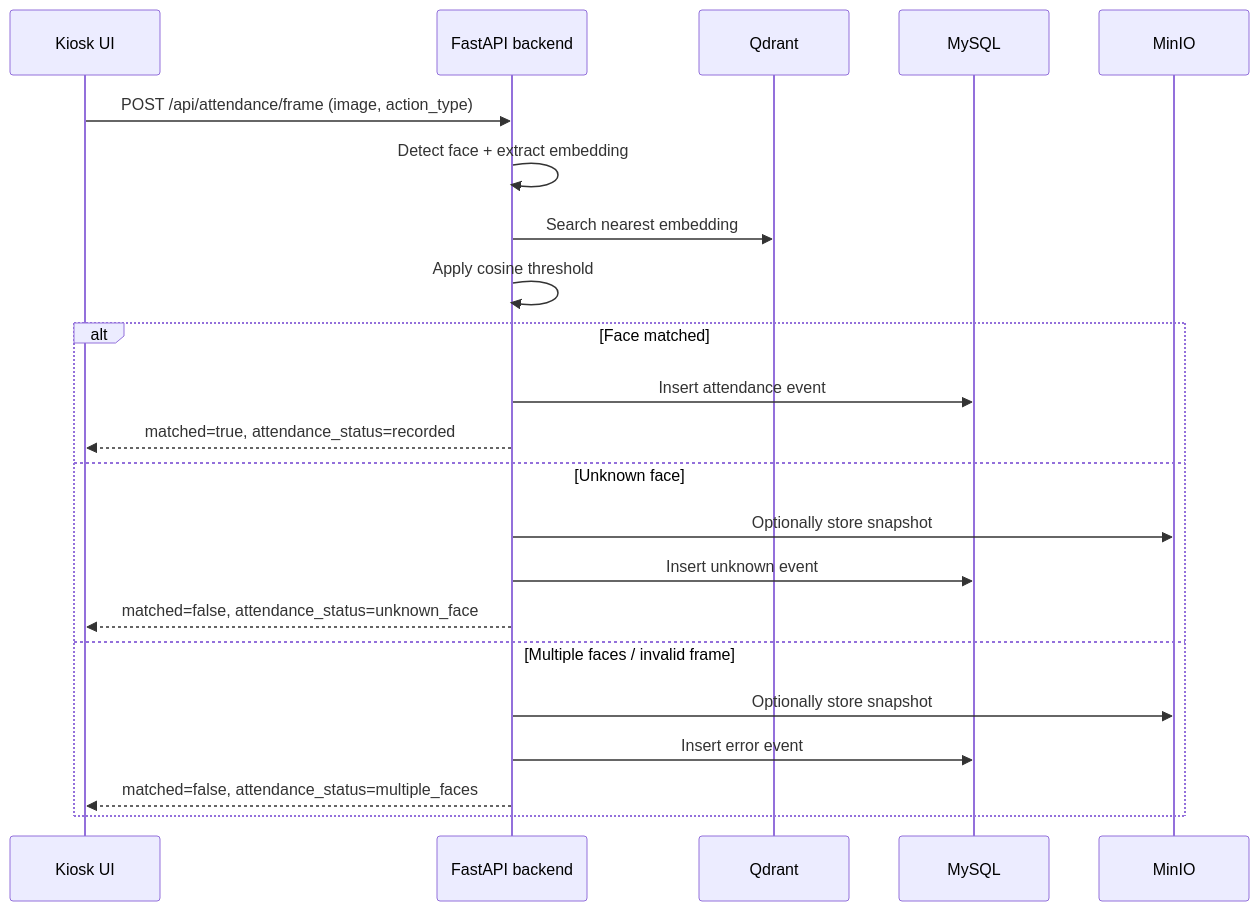
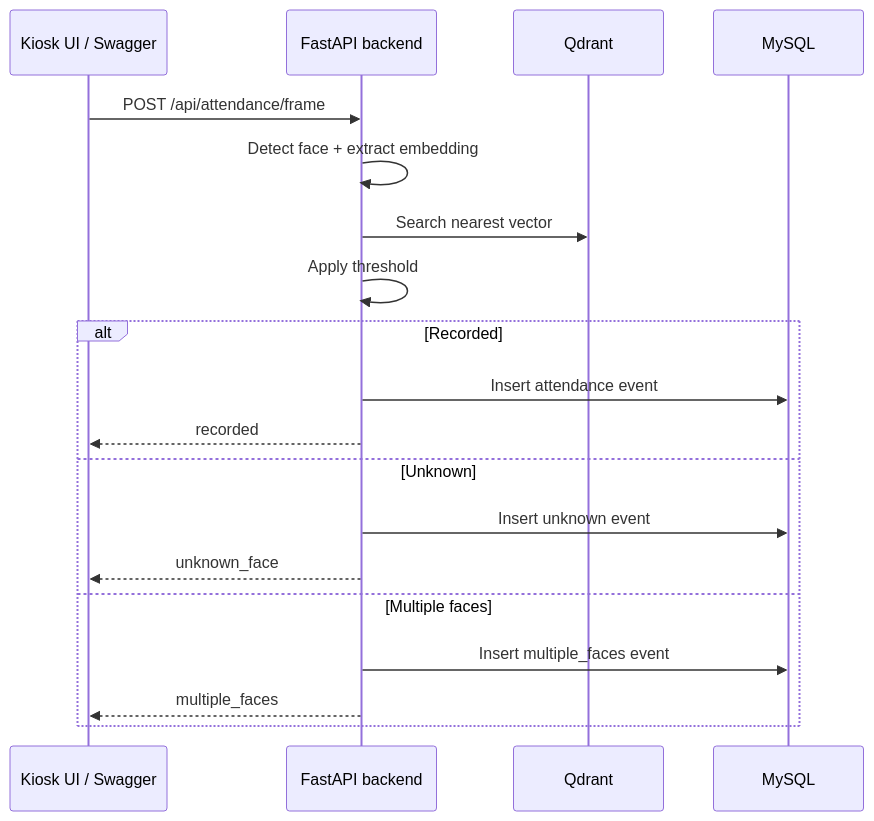
The third of 5 diagrams in docs/diagrams.md (nguyenthanhlam2812/BTL_2526II_AIT3004_2-facial-recognition-system), drawn with Mermaid before and after one commit. The commit also changed other lines of this file and 8 other files, not shown here.

````diff
--- a/docs/diagrams.md
+++ b/docs/diagrams.md
@@ -60,26 +60,23 @@
 ```mermaid
 sequenceDiagram
-    participant Kiosk as Kiosk UI
+    participant Kiosk as Kiosk UI / Swagger
     participant Backend as FastAPI backend
     participant Qdrant as Qdrant
     participant MySQL as MySQL
-    participant MinIO as MinIO
 
-    Kiosk->>Backend: POST /api/attendance/frame (image, action_type)
+    Kiosk->>Backend: POST /api/attendance/frame
     Backend->>Backend: Detect face + extract embedding
-    Backend->>Qdrant: Search nearest embedding
-    Backend->>Backend: Apply cosine threshold
+    Backend->>Qdrant: Search nearest vector
+    Backend->>Backend: Apply threshold
 
-    alt Face matched
+    alt Recorded
         Backend->>MySQL: Insert attendance event
-        Backend-->>Kiosk: matched=true, attendance_status=recorded
-    else Unknown face
-        Backend->>MinIO: Optionally store snapshot
+        Backend-->>Kiosk: recorded
+    else Unknown
         Backend->>MySQL: Insert unknown event
-        Backend-->>Kiosk: matched=false, attendance_status=unknown_face
-    else Multiple faces / invalid frame
-        Backend->>MinIO: Optionally store snapshot
-        Backend->>MySQL: Insert error event
-        Backend-->>Kiosk: matched=false, attendance_status=multiple_faces
+        Backend-->>Kiosk: unknown_face
+    else Multiple faces
+        Backend->>MySQL: Insert multiple_faces event
+        Backend-->>Kiosk: multiple_faces
     end
 ```
````
